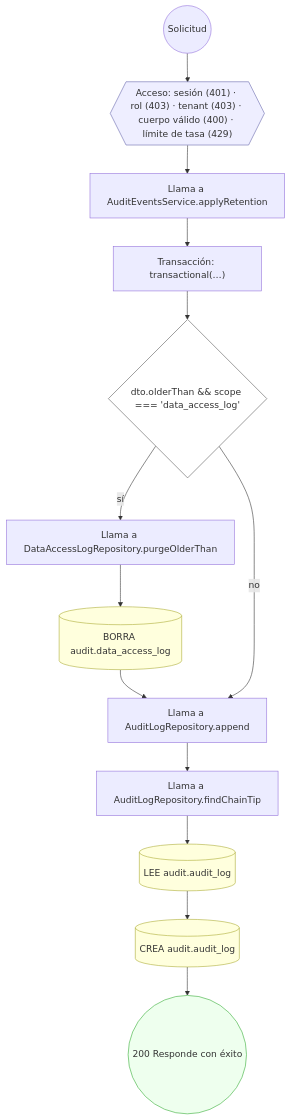
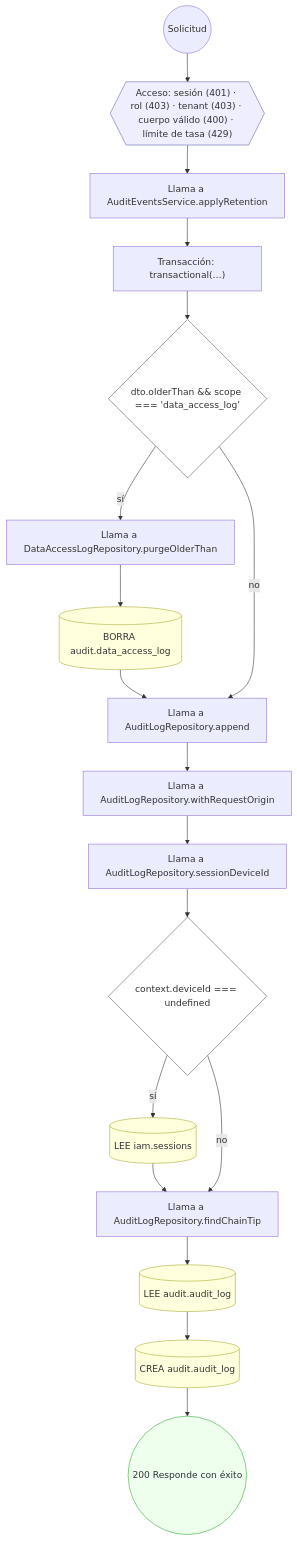
Before and after one commit to mdavila-2001/mantra-core-health-api: the seventh of 12 diagrams in docs/inventario/flujos/audit.md, drawn with Mermaid. The commit also changed other lines of this file and 451 other files, not shown here.

````diff
--- a/docs/inventario/flujos/audit.md
+++ b/docs/inventario/flujos/audit.md
@@ -258,33 +441,42 @@
 ```mermaid
 flowchart TD
   n1(("Solicitud")):::inicio
   n2{{"Acceso: sesión (401) · rol (403) · tenant (403) · cuerpo válido (400) · límite de tasa (429)"}}:::acceso
   n1 --> n2
   n3["Llama a AuditEventsService.applyRetention"]:::llamada
   n2 --> n3
   n4["Transacción: transactional(…)"]:::transaccion
   n3 --> n4
   n5{"dto.olderThan && scope === 'data_access_log'"}:::decision
   n4 --> n5
   n6["Llama a DataAccessLogRepository.purgeOlderThan"]:::llamada
   n5 -->|"sí"| n6
   n7[("BORRA audit.data_access_log")]:::efecto
   n6 --> n7
   n8["Llama a AuditLogRepository.append"]:::llamada
   n7 --> n8
   n5 -->|"no"| n8
-  n9["Llama a AuditLogRepository.findChainTip"]:::llamada
+  n9["Llama a AuditLogRepository.withRequestOrigin"]:::llamada
   n8 --> n9
-  n10[("LEE audit.audit_log")]:::efecto
+  n10["Llama a AuditLogRepository.sessionDeviceId"]:::llamada
   n9 --> n10
-  n11[("CREA audit.audit_log")]:::efecto
+  n11{"context.deviceId === undefined"}:::decision
   n10 --> n11
-  n12(("200 Responde con éxito")):::ok
-  n11 --> n12
+  n12[("LEE iam.sessions")]:::efecto
+  n11 -->|"sí"| n12
+  n13["Llama a AuditLogRepository.findChainTip"]:::llamada
+  n12 --> n13
+  n11 -->|"no"| n13
+  n14[("LEE audit.audit_log")]:::efecto
+  n13 --> n14
+  n15[("CREA audit.audit_log")]:::efecto
+  n14 --> n15
+  n16(("200 Responde con éxito")):::ok
+  n15 --> n16
   classDef acceso fill:#eef,stroke:#66a
   classDef error fill:#fee,stroke:#c33
   classDef ok fill:#efe,stroke:#3a3
   classDef efecto fill:#ffd,stroke:#aa3
   classDef decision fill:#fff,stroke:#555
   classDef corte fill:#eee,stroke:#999,stroke-dasharray: 4
 ```
````
